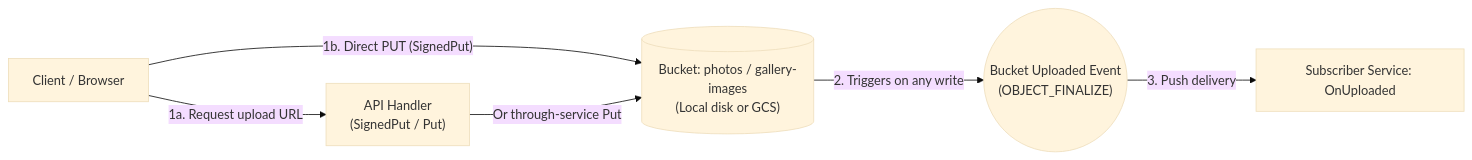
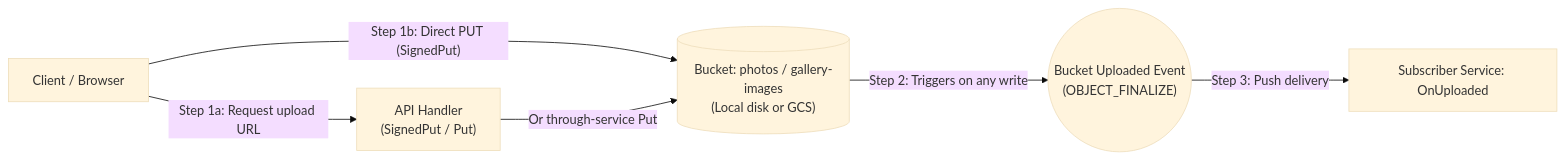
One commit to gsandoval/tako changed the diagram in docs/reference/bucket.md. Above: the diagram before and after it, drawn with Mermaid (base theme). The commit also changed 5 other files, not shown here.

Commit message:
docs: fix Mermaid v11 reserved 'graph' node ID and ordered-list label triggers

````diff
--- a/docs/reference/bucket.md
+++ b/docs/reference/bucket.md
@@ -20,14 +20,14 @@
 ```mermaid
 flowchart LR
     Client["Client / Browser"]
     API["API Handler\n(SignedPut / Put)"]
     GCS[("Bucket: photos / gallery-images\n(Local disk or GCS)")]
     Evt(("Bucket Uploaded Event\n(OBJECT_FINALIZE)"))
     Sub["Subscriber Service: OnUploaded"]
 
-    Client -->|"1a. Request upload URL"| API
-    Client -->|"1b. Direct PUT (SignedPut)"| GCS
+    Client -->|"Step 1a: Request upload URL"| API
+    Client -->|"Step 1b: Direct PUT (SignedPut)"| GCS
     API -->|"Or through-service Put"| GCS
-    GCS -->|"2. Triggers on any write"| Evt
-    Evt -->|"3. Push delivery"| Sub
+    GCS -->|"Step 2: Triggers on any write"| Evt
+    Evt -->|"Step 3: Push delivery"| Sub
 ```
````
